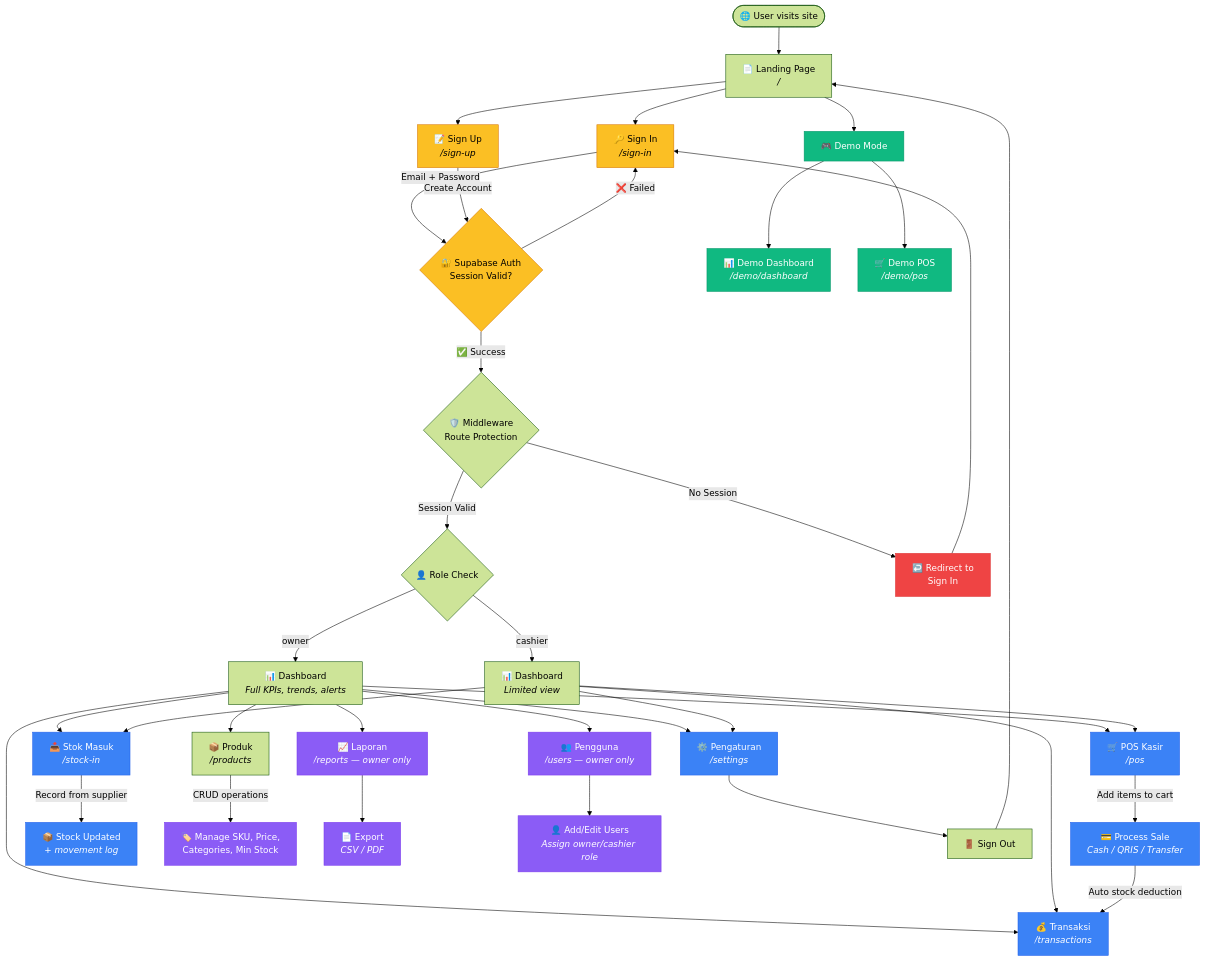
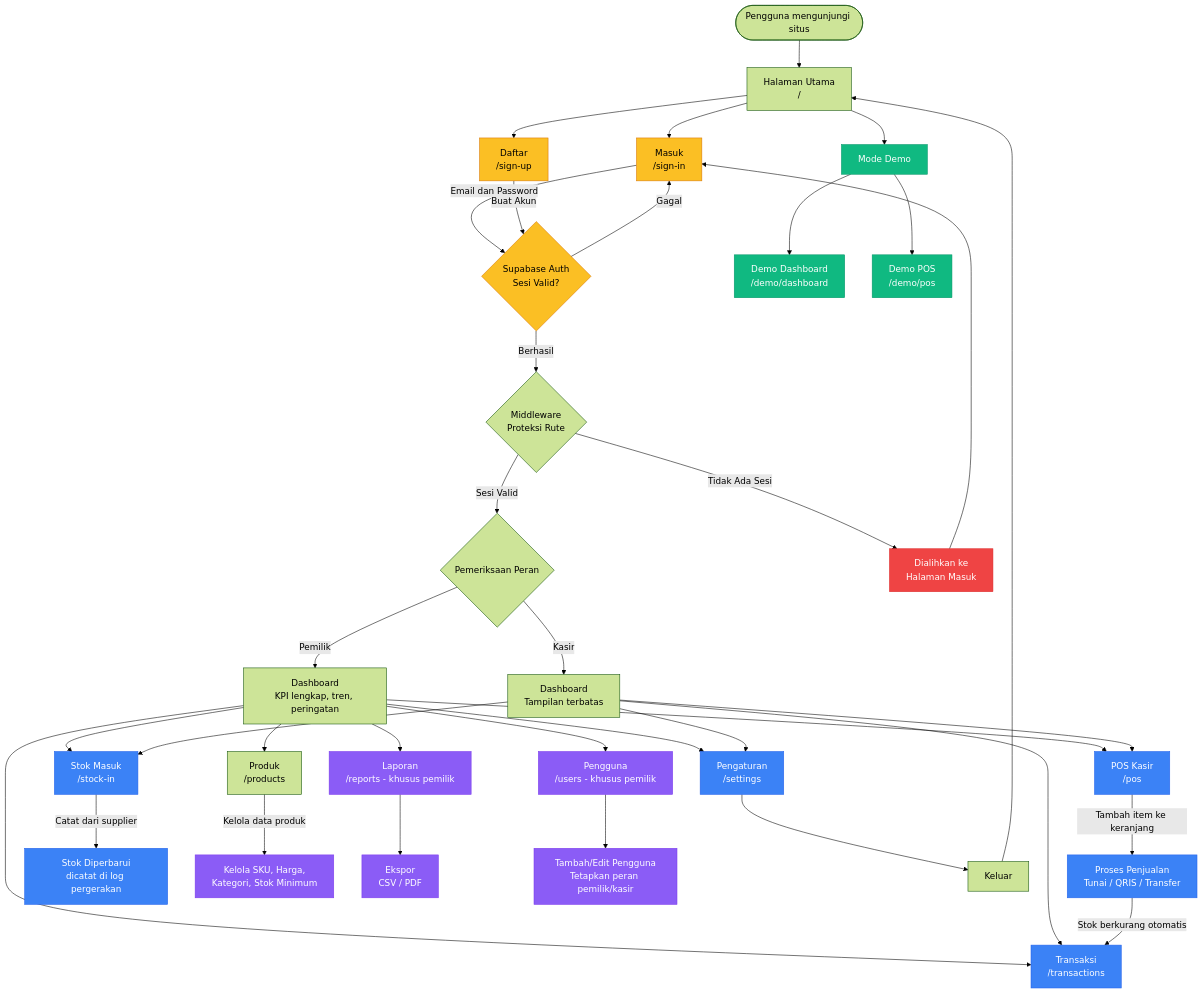
The first of 5 diagrams in README.md (syraxxmdpl/warungmadura), drawn with Mermaid (forest theme) before and after one commit. The commit also changed other lines of this file, not shown here.

Commit message:
docs: translate README documentation to Indonesian and add architecture diagrams for POS process and authentication flow

````diff
--- a/README.md
+++ b/README.md
@@ -246,76 +246,76 @@
 ```mermaid
 flowchart TD
-    Start([🌐 User visits site]) --> Landing[📄 Landing Page<br/><i>/</i>]
+    Start(["Pengguna mengunjungi situs"]) --> Landing["Halaman Utama<br/>/"]
 
-    Landing --> SignIn[🔑 Sign In<br/><i>/sign-in</i>]
-    Landing --> SignUp[📝 Sign Up<br/><i>/sign-up</i>]
-    Landing --> Demo[🎮 Demo Mode]
+    Landing --> SignIn["Masuk<br/>/sign-in"]
+    Landing --> SignUp["Daftar<br/>/sign-up"]
+    Landing --> Demo["Mode Demo"]
 
-    %% Authentication Flow
-    SignIn -->|Email + Password| AuthCheck{🔐 Supabase Auth<br/>Session Valid?}
-    SignUp -->|Create Account| AuthCheck
+    %% Alur Autentikasi
+    SignIn -->|"Email dan Password"| AuthCheck{"Supabase Auth<br/>Sesi Valid?"}
+    SignUp -->|"Buat Akun"| AuthCheck
 
-    AuthCheck -->|❌ Failed| SignIn
-    AuthCheck -->|✅ Success| Middleware{🛡️ Middleware<br/>Route Protection}
+    AuthCheck -->|"Gagal"| SignIn
+    AuthCheck -->|"Berhasil"| Middleware{"Middleware<br/>Proteksi Rute"}
 
-    %% Middleware checks
-    Middleware -->|Session Valid| RoleCheck{👤 Role Check}
-    Middleware -->|No Session| RedirectSignIn[↩️ Redirect to<br/>Sign In]
+    %% Pemeriksaan Middleware
+    Middleware -->|"Sesi Valid"| RoleCheck{"Pemeriksaan Peran"}
+    Middleware -->|"Tidak Ada Sesi"| RedirectSignIn["Dialihkan ke<br/>Halaman Masuk"]
     RedirectSignIn --> SignIn
 
-    %% Role-based access
-    RoleCheck -->|owner| OwnerDash[📊 Dashboard<br/><i>Full KPIs, trends, alerts</i>]
-    RoleCheck -->|cashier| CashierDash[📊 Dashboard<br/><i>Limited view</i>]
+    %% Akses berdasarkan peran
+    RoleCheck -->|"Pemilik"| OwnerDash["Dashboard<br/>KPI lengkap, tren, peringatan"]
+    RoleCheck -->|"Kasir"| CashierDash["Dashboard<br/>Tampilan terbatas"]
 
-    %% Owner navigation
-    OwnerDash --> POS[🛒 POS Kasir<br/><i>/pos</i>]
-    OwnerDash --> Products[📦 Produk<br/><i>/products</i>]
-    OwnerDash --> StockIn[📥 Stok Masuk<br/><i>/stock-in</i>]
-    OwnerDash --> Transactions[💰 Transaksi<br/><i>/transactions</i>]
-    OwnerDash --> Reports[📈 Laporan<br/><i>/reports — owner only</i>]
-    OwnerDash --> Users[👥 Pengguna<br/><i>/users — owner only</i>]
-    OwnerDash --> Settings[⚙️ Pengaturan<br/><i>/settings</i>]
+    %% Navigasi Pemilik
+    OwnerDash --> POS["POS Kasir<br/>/pos"]
+    OwnerDash --> Products["Produk<br/>/products"]
+    OwnerDash --> StockIn["Stok Masuk<br/>/stock-in"]
+    OwnerDash --> Transactions["Transaksi<br/>/transactions"]
+    OwnerDash --> Reports["Laporan<br/>/reports - khusus pemilik"]
+    OwnerDash --> Users["Pengguna<br/>/users - khusus pemilik"]
+    OwnerDash --> Settings["Pengaturan<br/>/settings"]
 
-    %% Cashier navigation (limited)
+    %% Navigasi Kasir - terbatas
     CashierDash --> POS
     CashierDash --> StockIn
     CashierDash --> Transactions
     CashierDash --> Settings
 
-    %% POS sub-flow
-    POS -->|Add items to cart| ProcessSale[💳 Process Sale<br/><i>Cash / QRIS / Transfer</i>]
-    ProcessSale -->|Auto stock deduction| Transactions
+    %% Sub-alur POS
+    POS -->|"Tambah item ke keranjang"| ProcessSale["Proses Penjualan<br/>Tunai / QRIS / Transfer"]
+    ProcessSale -->|"Stok berkurang otomatis"| Transactions
 
-    %% Stock-In sub-flow
-    StockIn -->|Record from supplier| StockUpdate[📦 Stock Updated<br/><i>+ movement log</i>]
+    %% Sub-alur Stok Masuk
+    StockIn -->|"Catat dari supplier"| StockUpdate["Stok Diperbarui<br/>dicatat di log pergerakan"]
 
-    %% Products sub-flow (owner)
-    Products -->|CRUD operations| ProductMgmt[🏷️ Manage SKU, Price,<br/>Categories, Min Stock]
+    %% Sub-alur Produk - khusus pemilik
+    Products -->|"Kelola data produk"| ProductMgmt["Kelola SKU, Harga,<br/>Kategori, Stok Minimum"]
 
-    %% Reports sub-flow (owner)
-    Reports --> ExportReport[📄 Export<br/><i>CSV / PDF</i>]
+    %% Sub-alur Laporan - khusus pemilik
+    Reports --> ExportReport["Ekspor<br/>CSV / PDF"]
 
-    %% User Management sub-flow (owner)
-    Users --> ManageUsers[👤 Add/Edit Users<br/><i>Assign owner/cashier role</i>]
+    %% Sub-alur Manajemen Pengguna - khusus pemilik
+    Users --> ManageUsers["Tambah/Edit Pengguna<br/>Tetapkan peran pemilik/kasir"]
 
-    %% Demo flow (no auth required)
-    Demo --> DemoDash[📊 Demo Dashboard<br/><i>/demo/dashboard</i>]
-    Demo --> DemoPOS[🛒 Demo POS<br/><i>/demo/pos</i>]
+    %% Alur Demo - tanpa autentikasi
+    Demo --> DemoDash["Demo Dashboard<br/>/demo/dashboard"]
+    Demo --> DemoPOS["Demo POS<br/>/demo/pos"]
 
-    %% Logout
-    Settings --> Logout[🚪 Sign Out]
+    %% Keluar
+    Settings --> Logout["Keluar"]
     Logout --> Landing
 
     %% Styling
     classDef authNode fill:#fbbf24,stroke:#d97706,color:#000
     classDef ownerNode fill:#8b5cf6,stroke:#7c3aed,color:#fff
     classDef sharedNode fill:#3b82f6,stroke:#2563eb,color:#fff
     classDef demoNode fill:#10b981,stroke:#059669,color:#fff
     classDef dangerNode fill:#ef4444,stroke:#dc2626,color:#fff
 
     class SignIn,SignUp,AuthCheck authNode
     class Reports,Users,ManageUsers,ExportReport,ProductMgmt ownerNode
     class POS,StockIn,Transactions,ProcessSale,StockUpdate,Settings sharedNode
     class Demo,DemoDash,DemoPOS demoNode
     class RedirectSignIn dangerNode
 ```
````
